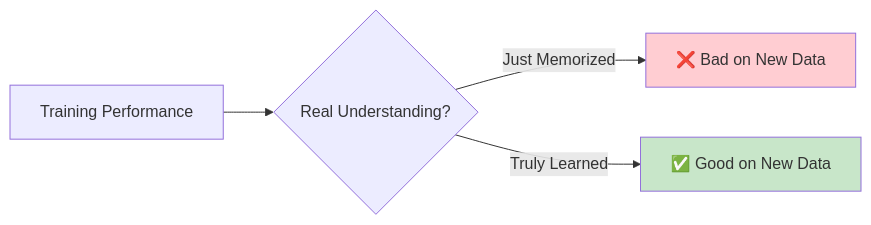
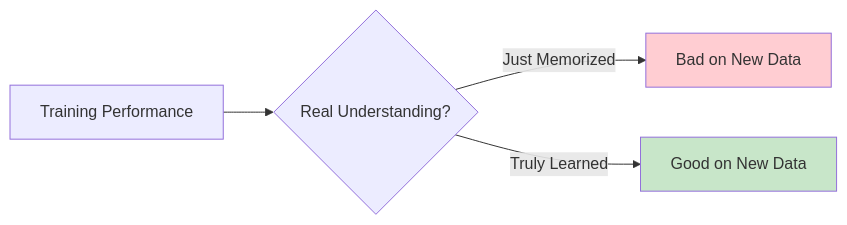
One commit to SITES-spectral/phenocai changed the second of 16 diagrams in docs/workflow_evaluation.md. Above: the diagram before and after it, drawn with Mermaid. The commit also changed other lines of this file and 4 other files, not shown here.

````diff
--- a/docs/workflow_evaluation.md
+++ b/docs/workflow_evaluation.md
@@ -27,9 +27,9 @@
 ```mermaid
 graph LR
     A[Training Performance] --> B{Real Understanding?}
-    B -->|Just Memorized| C[❌ Bad on New Data]
-    B -->|Truly Learned| D[✅ Good on New Data]
+    B -->|Just Memorized| C[Bad on New Data]
+    B -->|Truly Learned| D[Good on New Data]
     
     style C fill:#ffcdd2
     style D fill:#c8e6c9
 ```
````
